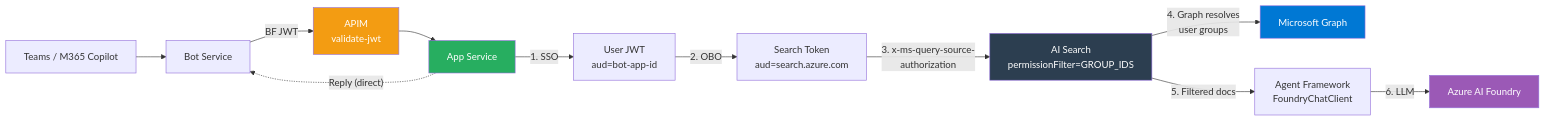
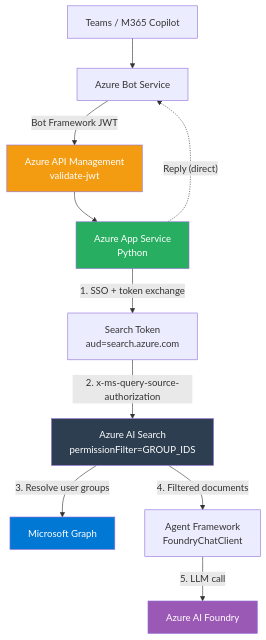
The diagram in README.md (Azure-Samples/bring-your-own-agent-to-m365-accelerator), drawn with Mermaid before and after one commit. The commit also changed other lines of this file and 1 other file, not shown here.

First line of the commit message:
docs: clean README and architecture — current state only

````diff
--- a/README.md
+++ b/README.md
@@ -11,19 +11,18 @@
 ```mermaid
-flowchart LR
-    User["Teams / M365 Copilot"] --> Bot["Bot Service"]
-    Bot -->|"BF JWT"| APIM["APIM<br/>validate-jwt"]
-    APIM --> App["App Service"]
-    App -->|"1. SSO"| SSO["User JWT<br/>aud=bot-app-id"]
-    SSO -->|"2. OBO"| OBO["Search Token<br/>aud=search.azure.com"]
-    OBO -->|"3. x-ms-query-source-<br/>authorization"| Search["AI Search<br/>permissionFilter=GROUP_IDS"]
-    Search -->|"4. Graph resolves<br/>user groups"| Graph["Microsoft Graph"]
-    Search -->|"5. Filtered docs"| Agent["Agent Framework<br/>FoundryChatClient"]
-    Agent -->|"6. LLM"| Foundry["Azure AI Foundry"]
+flowchart TB
+    User["Teams / M365 Copilot"] --> Bot["Azure Bot Service"]
+    Bot -->|"Bot Framework JWT"| APIM["Azure API Management<br/>validate-jwt"]
+    APIM --> App["Azure App Service<br/>Python"]
+    App -->|"1. SSO + token exchange"| Token["Search Token<br/>aud=search.azure.com"]
+    Token -->|"2. x-ms-query-source-authorization"| Search["Azure AI Search<br/>permissionFilter=GROUP_IDS"]
+    Search -->|"3. Resolve user groups"| Graph["Microsoft Graph"]
+    Search -->|"4. Filtered documents"| Agent["Agent Framework<br/>FoundryChatClient"]
+    Agent -->|"5. LLM call"| Foundry["Azure AI Foundry"]
     App -.->|"Reply (direct)"| Bot
 
     style APIM fill:#f39c12,color:#fff
     style App fill:#27ae60,color:#fff
     style Search fill:#2c3e50,color:#fff
     style Foundry fill:#9b59b6,color:#fff
     style Graph fill:#0078d4,color:#fff
 ```
````
